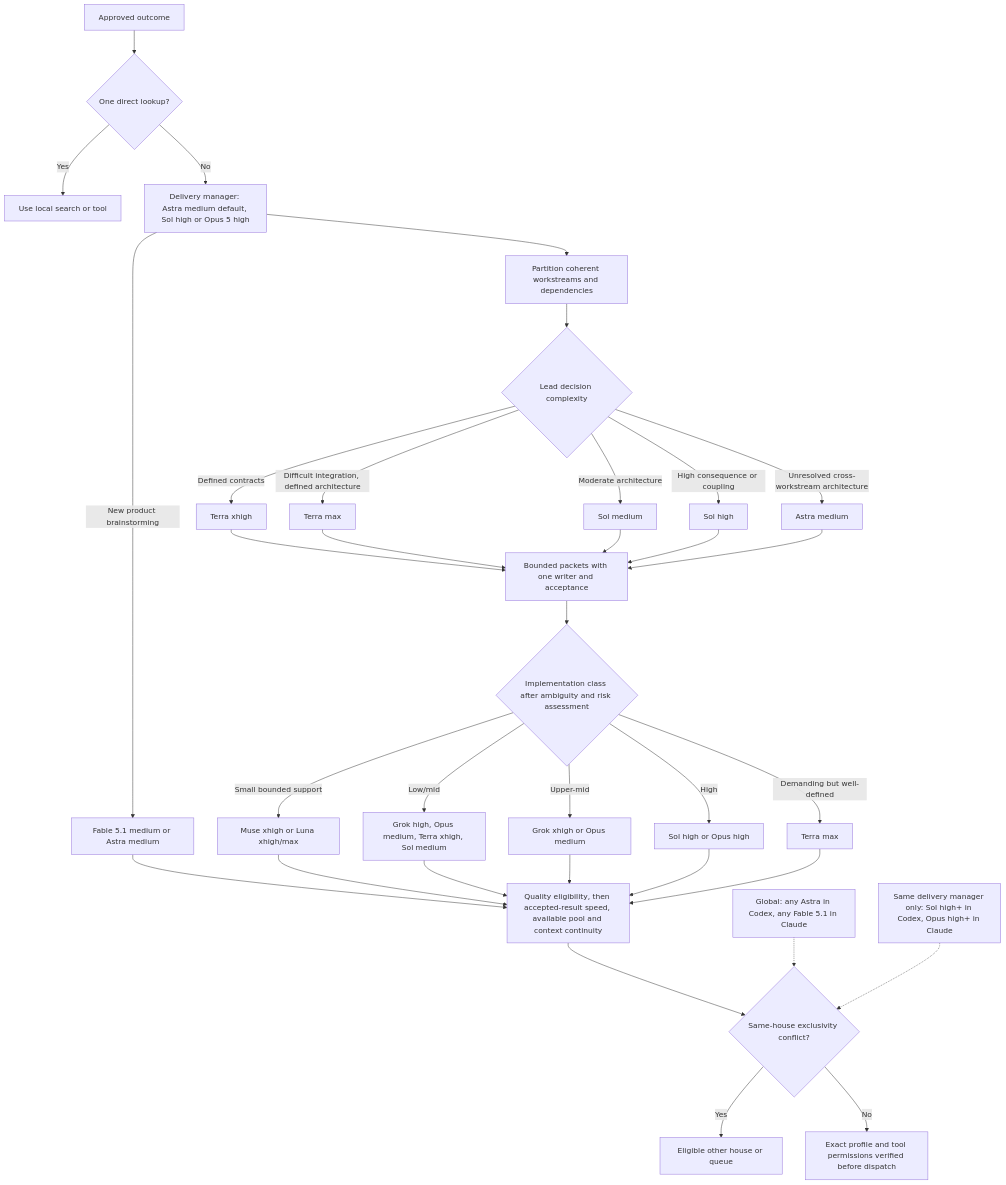
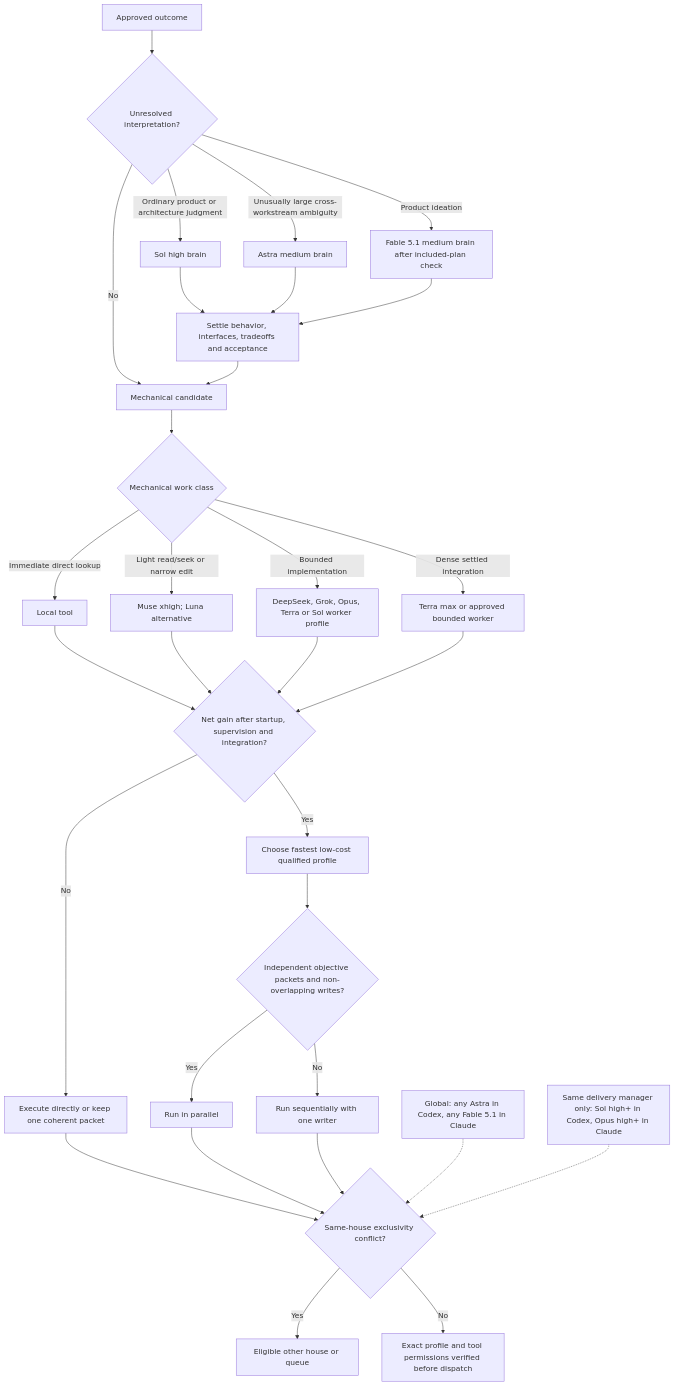
One commit to rodrigolmiranda/agent-skills changed the first of 6 diagrams in docs/interchange-decisions.md. Above: the diagram before and after it, drawn with Mermaid. The commit also changed other lines of this file and 8 other files, not shown here.

````diff
--- a/docs/interchange-decisions.md
+++ b/docs/interchange-decisions.md
@@ -7,28 +7,26 @@
 ```mermaid
 flowchart TD
-  A[Approved outcome] --> B{One direct lookup?}
-  B -->|Yes| C[Use local search or tool]
-  B -->|No| D[Delivery manager: Astra medium default, Sol high or Opus 5 high]
-  D --> E[Partition coherent workstreams and dependencies]
-  D -->|New product brainstorming| W[Fable 5.1 medium or Astra medium]
-  W --> R
-  E --> F{Lead decision complexity}
-  F -->|Defined contracts| G[Terra xhigh]
-  F -->|Difficult integration, defined architecture| H[Terra max]
-  F -->|Moderate architecture| I[Sol medium]
-  F -->|High consequence or coupling| J[Sol high]
-  F -->|Unresolved cross-workstream architecture| K[Astra medium]
-  G & H & I & J & K --> L[Bounded packets with one writer and acceptance]
-  L --> M{Implementation class after ambiguity and risk assessment}
-  M -->|Small bounded support| N[Muse xhigh or Luna xhigh/max]
-  M -->|Low/mid| O[Grok high, Opus medium, Terra xhigh, Sol medium]
-  M -->|Upper-mid| P[Grok xhigh or Opus medium]
-  M -->|High| Q[Sol high or Opus high]
-  M -->|Demanding but well-defined| T[Terra max]
-  N & O & P & Q & T --> R[Quality eligibility, then accepted-result speed, available pool and context continuity]
-  R --> U{Same-house exclusivity conflict?}
+  A[Approved outcome] --> B{Unresolved interpretation?}
+  B -->|Ordinary product or architecture judgment| C[Sol high brain]
+  B -->|Unusually large cross-workstream ambiguity| D[Astra medium brain]
+  B -->|Product ideation| E[Fable 5.1 medium brain after included-plan check]
+  B -->|No| F[Mechanical candidate]
+  C & D & E --> G[Settle behavior, interfaces, tradeoffs and acceptance]
+  G --> F
+  F --> H{Mechanical work class}
+  H -->|Immediate direct lookup| I[Local tool]
+  H -->|Light read/seek or narrow edit| J[Muse xhigh; Luna alternative]
+  H -->|Bounded implementation| K[DeepSeek, Grok, Opus, Terra or Sol worker profile]
+  H -->|Dense settled integration| L[Terra max or approved bounded worker]
+  I & J & K & L --> M{Net gain after startup, supervision and integration?}
+  M -->|No| N[Execute directly or keep one coherent packet]
+  M -->|Yes| O[Choose fastest low-cost qualified profile]
+  O --> P{Independent objective packets and non-overlapping writes?}
+  P -->|Yes| Q[Run in parallel]
+  P -->|No| R[Run sequentially with one writer]
+  N & Q & R --> U{Same-house exclusivity conflict?}
   X[Global: any Astra in Codex, any Fable 5.1 in Claude] -.-> U
   Y[Same delivery manager only: Sol high+ in Codex, Opus high+ in Claude] -.-> U
   U -->|Yes| V[Eligible other house or queue]
   U -->|No| S[Exact profile and tool permissions verified before dispatch]
 ```
````
